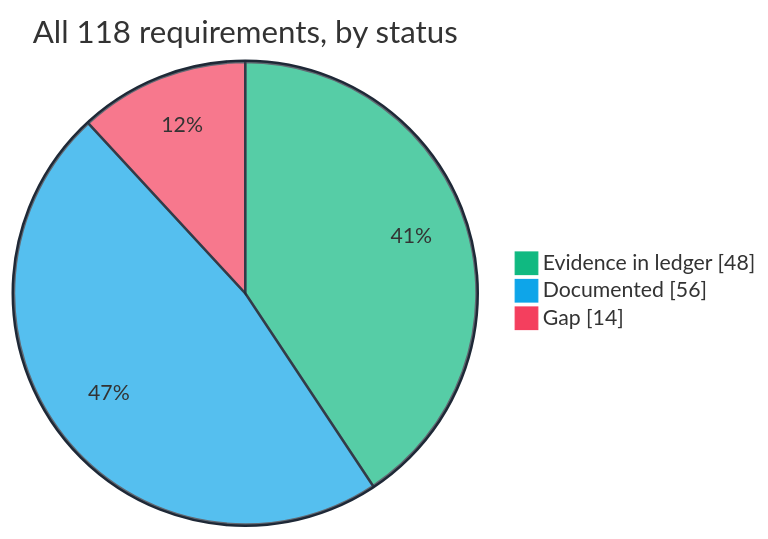
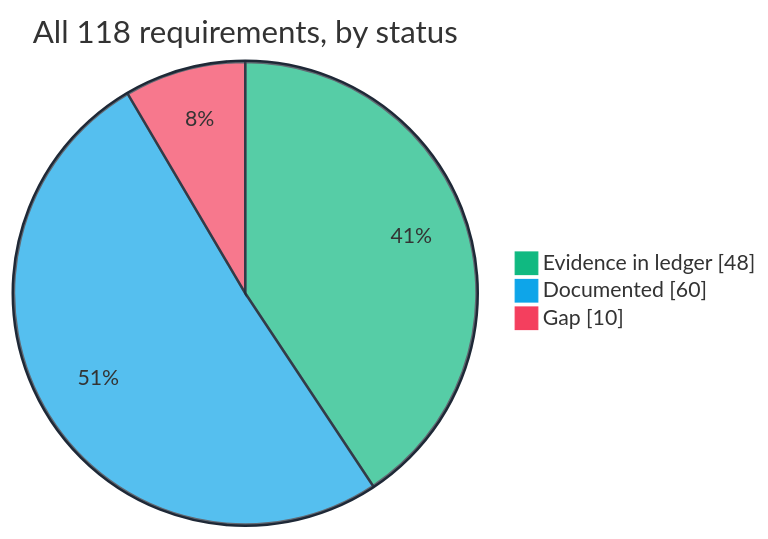
The first of 2 diagrams in docs/compliance/README.md (agamemnon-coder/x402-business-agents), drawn with Mermaid before and after one commit. The commit also changed other lines of this file and 21 other files, not shown here.

````diff
--- a/docs/compliance/README.md
+++ b/docs/compliance/README.md
@@ -40,7 +40,7 @@
 ```mermaid
 %%{init: {"theme": "base", "themeVariables": {"pie1": "#10b981", "pie2": "#0ea5e9", "pie3": "#f43f5e", "pieStrokeColor": "#1f2937", "pieOuterStrokeColor": "#1f2937"}}}%%
 pie showData title All 118 requirements, by status
   "Evidence in ledger" : 48
-  "Documented" : 56
-  "Gap" : 14
+  "Documented" : 60
+  "Gap" : 10
 ```
````
